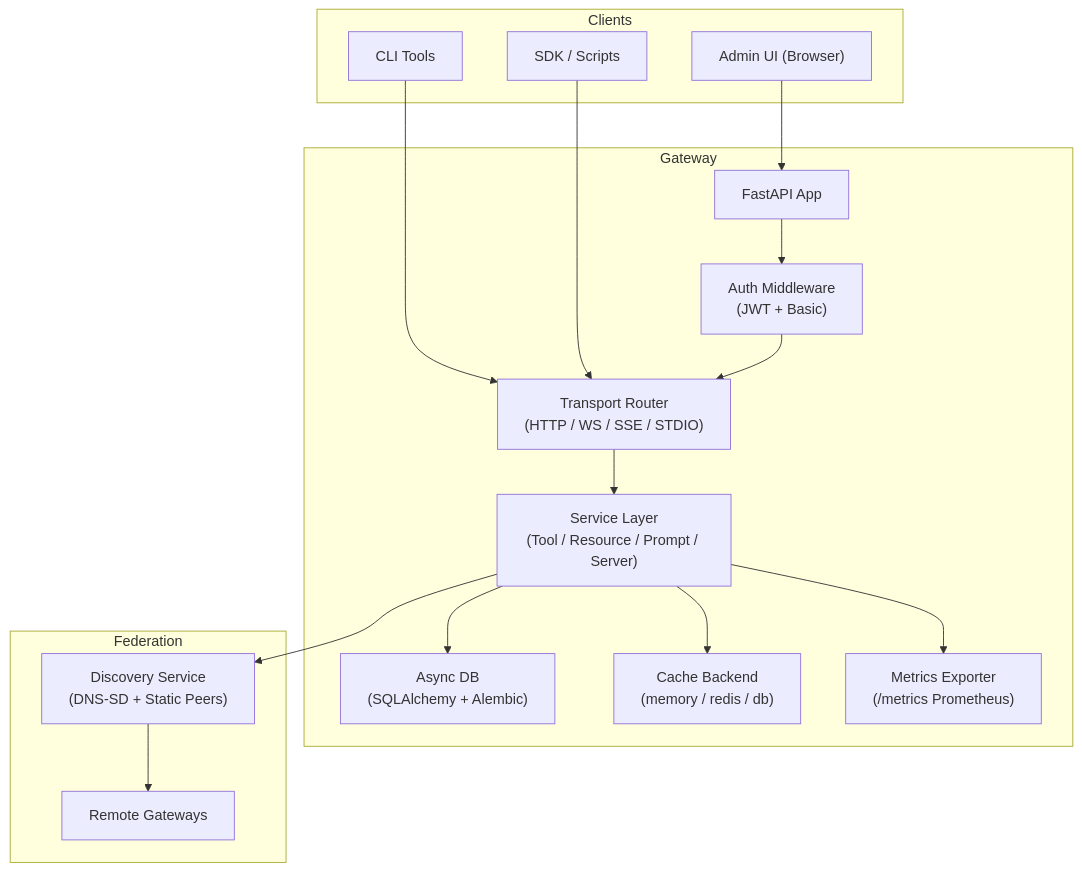
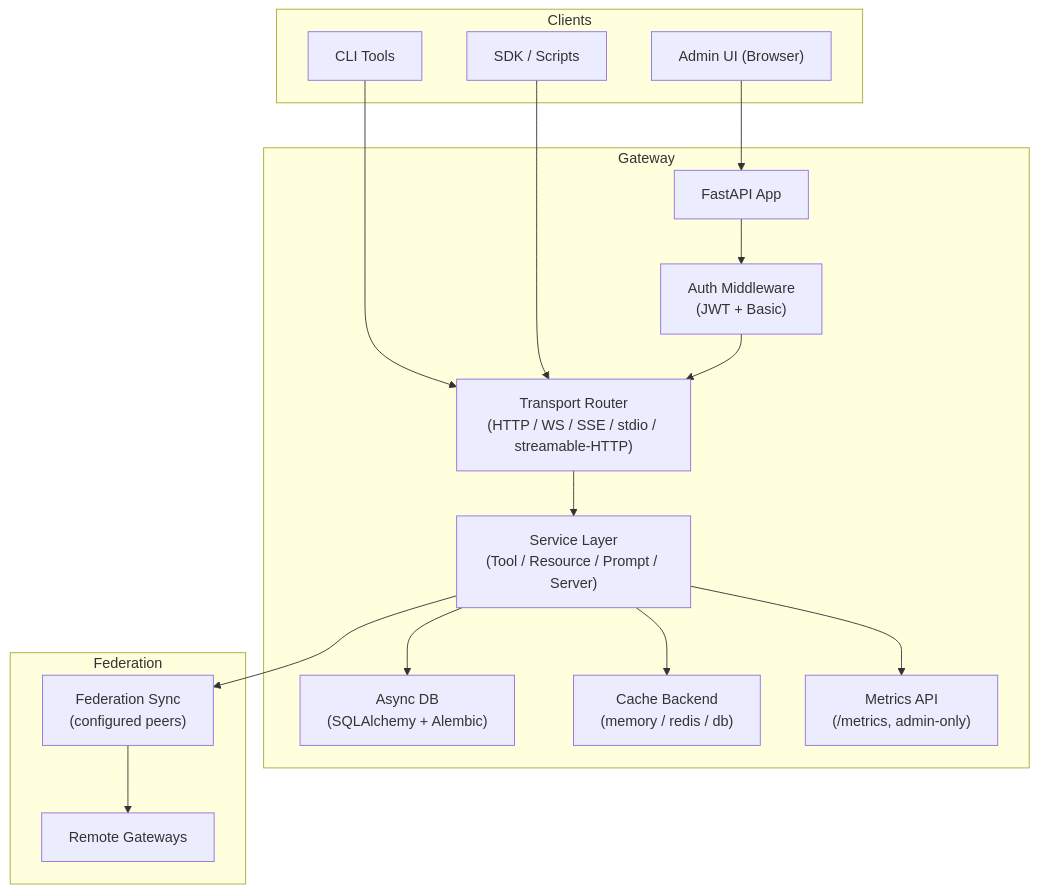
Before and after one commit to tedhabeck/mcp-context-forge: the diagram in docs/docs/architecture/index.md, drawn with Mermaid. The commit also changed other lines of this file and 147 other files, not shown here.

First line of the commit message:
docs: refresh docs formatting, links, and diagrams (#2624)

````diff
--- a/docs/docs/architecture/index.md
+++ b/docs/docs/architecture/index.md
@@ -332,35 +340,35 @@
 ```mermaid
 graph TD
     subgraph Clients
         ui["Admin UI (Browser)"]
         cli["CLI Tools"]
         sdk["SDK / Scripts"]
     end
 
     subgraph Gateway
         app["FastAPI App"]
         auth["Auth Middleware<br/>(JWT + Basic)"]
-        router["Transport Router<br/>(HTTP / WS / SSE / STDIO)"]
+        router["Transport Router<br/>(HTTP / WS / SSE / stdio / streamable-HTTP)"]
         services["Service Layer<br/>(Tool / Resource / Prompt / Server)"]
         db["Async DB<br/>(SQLAlchemy + Alembic)"]
         cache["Cache Backend<br/>(memory / redis / db)"]
-        metrics["Metrics Exporter<br/>(/metrics Prometheus)"]
+        metrics["Metrics API<br/>(/metrics, admin-only)"]
     end
 
     subgraph Federation
-        discovery["Discovery Service<br/>(DNS-SD + Static Peers)"]
+        discovery["Federation Sync<br/>(configured peers)"]
         peers["Remote Gateways"]
     end
 
     ui --> app
     cli --> router
     sdk --> router
     app --> auth --> router
     router --> services
     services --> db
     services --> cache
     services --> metrics
     services --> discovery
     discovery --> peers
 
 ```
````
